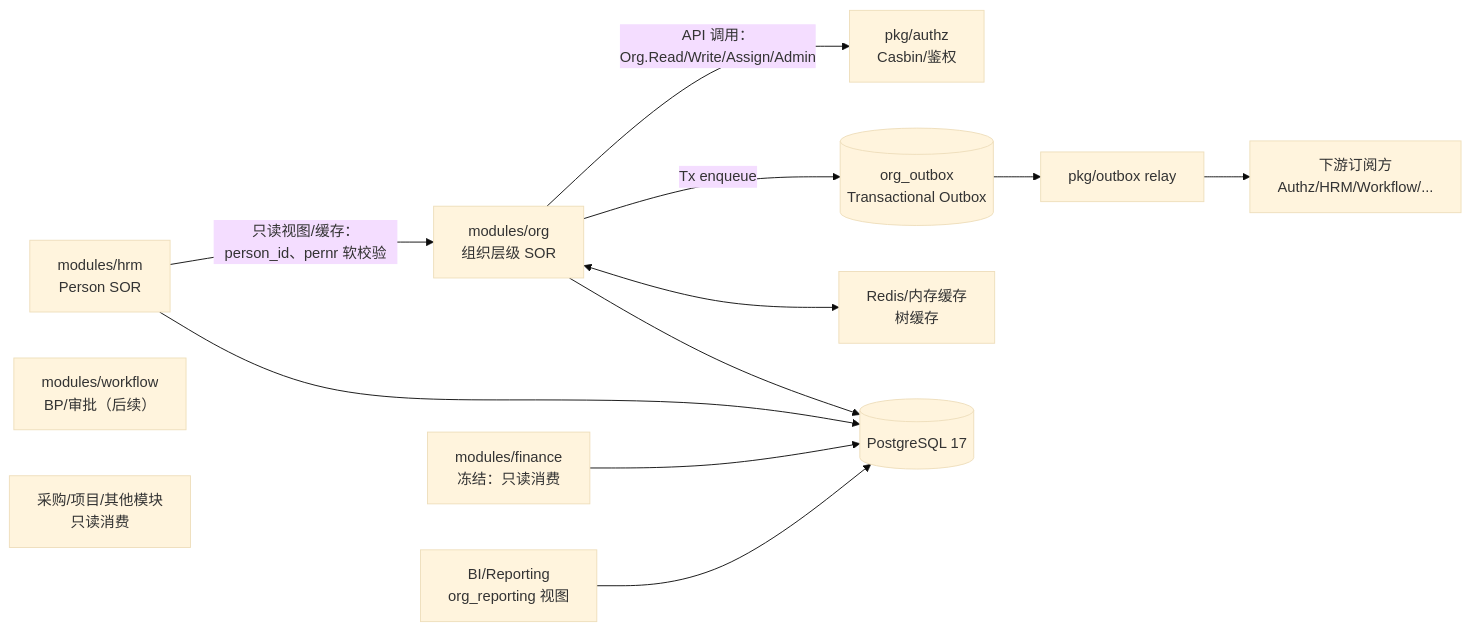
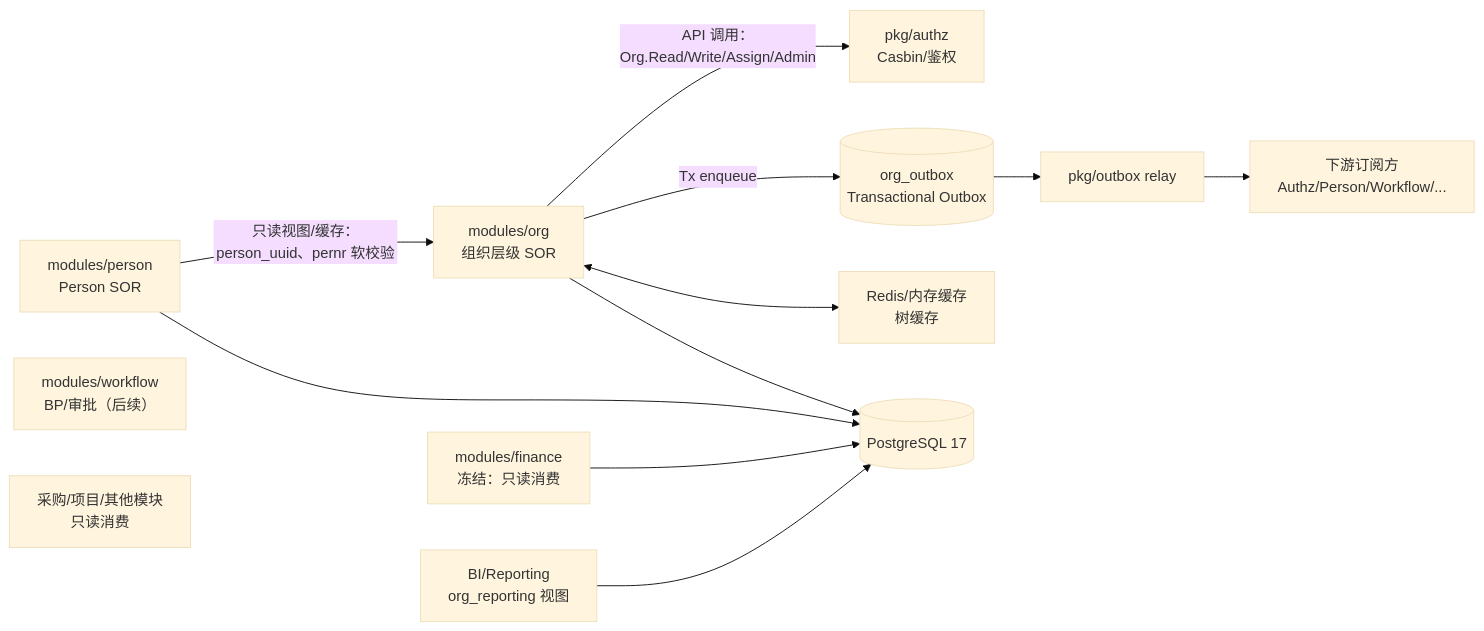
One commit to jacksonlee411/Bugs-Blossoms changed the diagram in docs/dev-plans/020-organization-lifecycle.md. Above: the diagram before and after it, drawn with Mermaid (base theme). The commit also changed other lines of this file and 17 other files, not shown here.

````diff
--- a/docs/dev-plans/020-organization-lifecycle.md
+++ b/docs/dev-plans/020-organization-lifecycle.md
@@ -139,26 +140,26 @@
 ```mermaid
 flowchart LR
   Org[modules/org<br/>组织层级 SOR]
-  HRM[modules/hrm<br/>Person SOR]
+  Person[modules/person<br/>Person SOR]
   Authz[pkg/authz<br/>Casbin/鉴权]
   Workflow[modules/workflow<br/>BP/审批（后续）]
   Finance[modules/finance<br/>冻结：只读消费]
   Other[采购/项目/其他模块<br/>只读消费]
   Outbox[(org_outbox<br/>Transactional Outbox)]
   Relay[pkg/outbox relay]
-  Consumers[下游订阅方<br/>Authz/HRM/Workflow/...]
+  Consumers[下游订阅方<br/>Authz/Person/Workflow/...]
   Cache[Redis/内存缓存<br/>树缓存]
   DB[(PostgreSQL 17)]
   BI[BI/Reporting<br/>org_reporting 视图]
 
-  HRM -->|只读视图/缓存：person_id、pernr 软校验| Org
+  Person -->|只读视图/缓存：person_uuid、pernr 软校验| Org
   Org -->|API 调用：Org.Read/Write/Assign/Admin| Authz
   Org <--> Cache
   Org --> DB
   Org -->|Tx enqueue| Outbox
-  HRM --> DB
+  Person --> DB
   Finance --> DB
   BI --> DB
 
   Outbox --> Relay --> Consumers
 ```
````
